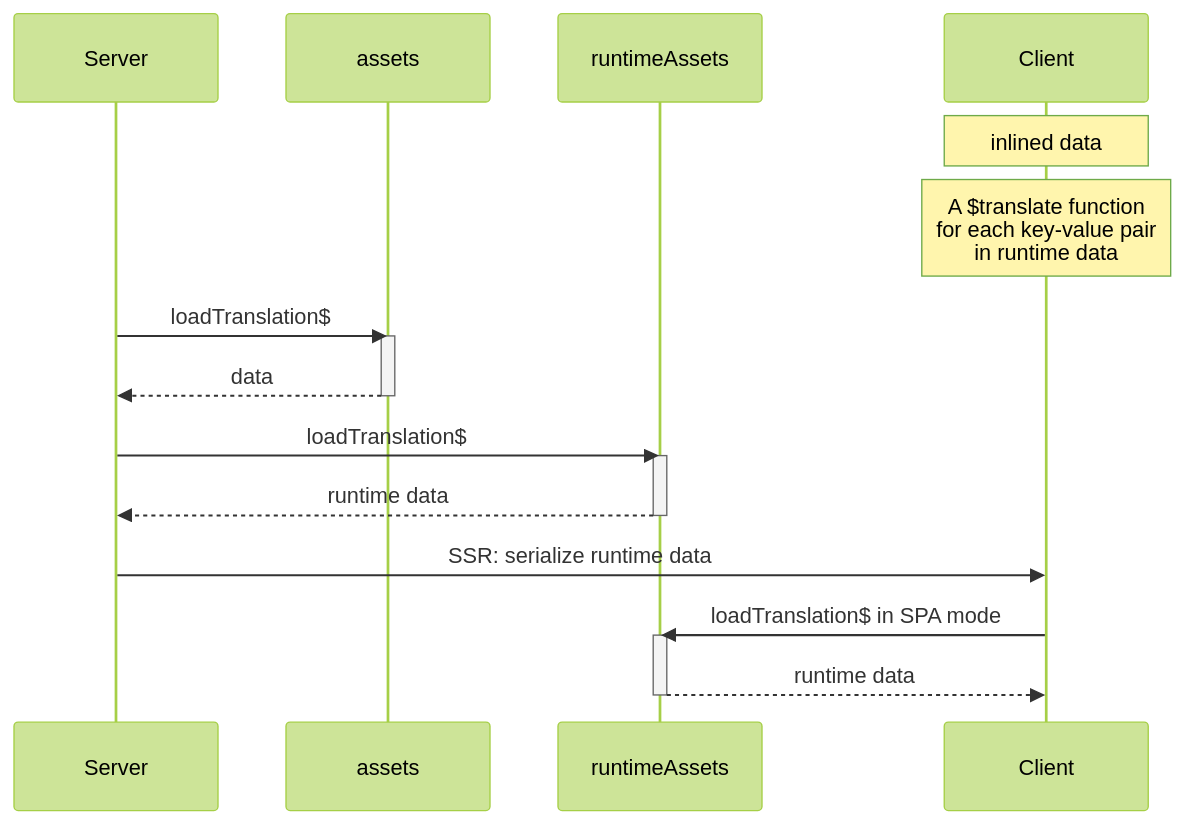
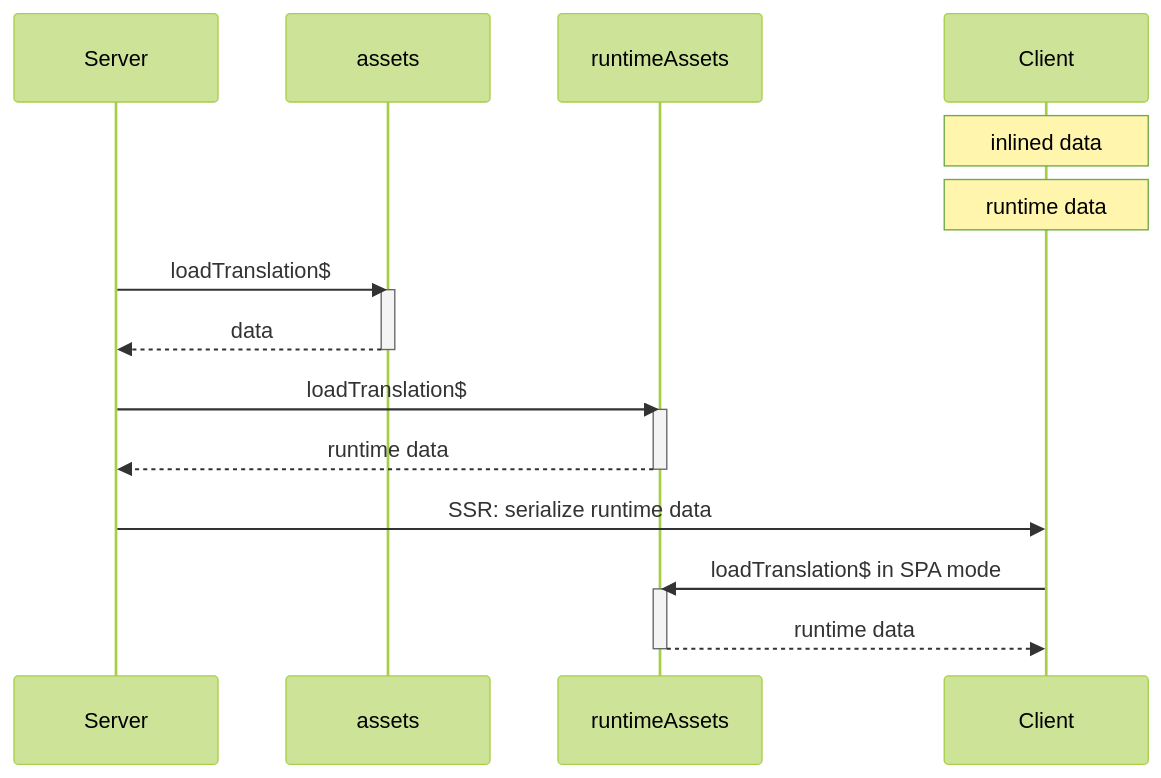
One commit to robisim74/qwik-speak changed the second of 2 diagrams in docs/inline.md. Above: the diagram before and after it, drawn with Mermaid (forest theme). The commit also changed 6 other files, not shown here.

````diff
--- a/docs/inline.md
+++ b/docs/inline.md
@@ -111,23 +111,23 @@
 ```mermaid
 sequenceDiagram
     participant Server
     participant assets
     participant runtimeAssets
     participant Client
     Note over Client: inlined data 
-    Note over Client: A $translate function<br/> for each key-value pair<br/> in runtime data
+    Note over Client: runtime data
     Server->>assets: loadTranslation$
     activate assets
     assets-->>Server: data
     deactivate assets
     Server->>runtimeAssets: loadTranslation$
     activate runtimeAssets
     runtimeAssets-->>Server: runtime data
     deactivate runtimeAssets
     Server->>Client: SSR: serialize runtime data
     Client->>runtimeAssets: loadTranslation$ in SPA mode
     activate runtimeAssets
     runtimeAssets-->>Client: runtime data
     deactivate runtimeAssets
 
 ```
````
